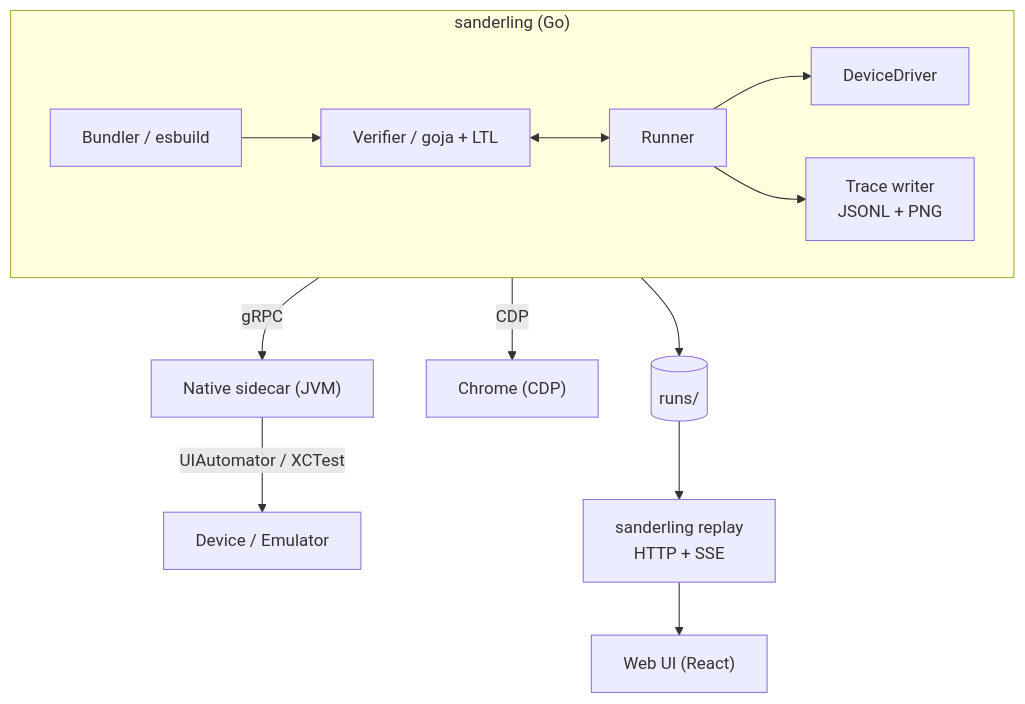
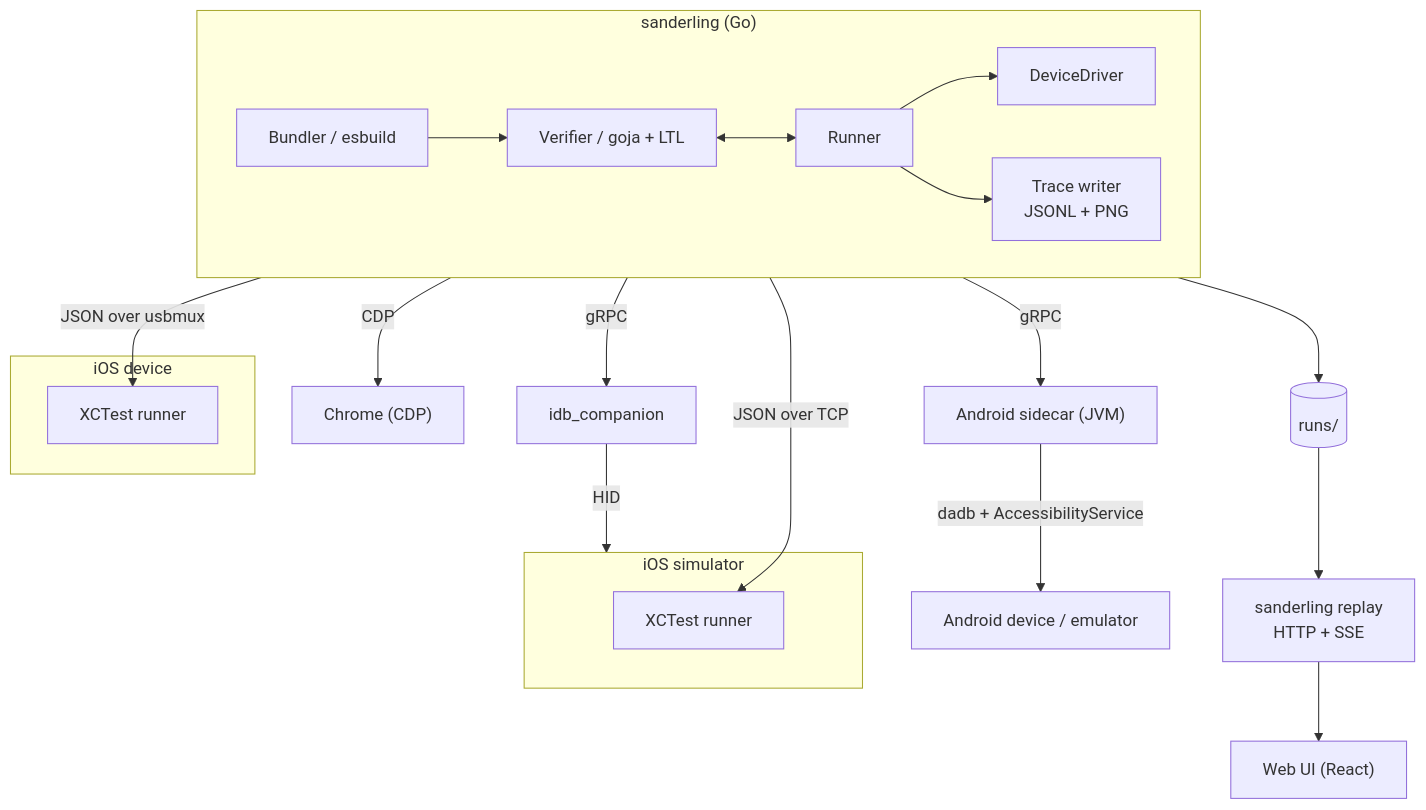
The diagram in docs/development/architecture.md (priyanshujain/sanderling), drawn with Mermaid before and after one commit. The commit also changed other lines of this file, not shown here.

Commit message:
docs(development): correct the architecture page to the four driver paths

````diff
--- a/docs/development/architecture.md
+++ b/docs/development/architecture.md
@@ -7,23 +7,34 @@
 ```mermaid
 flowchart TB
     subgraph go["sanderling (Go)"]
         direction LR
         B["Bundler / esbuild"] --> V["Verifier / goja + LTL"]
         V <--> R["Runner"]
         R --> D["DeviceDriver"]
         R --> T["Trace writer\nJSONL + PNG"]
     end
 
-    SC["Native sidecar (JVM)"]
-    DC["Device / Emulator"]
+    SC["Android sidecar (JVM)"]
+    AD["Android device / emulator"]
+    IC["idb_companion"]
+    subgraph sim["iOS simulator"]
+        SR["XCTest runner"]
+    end
+    subgraph dev["iOS device"]
+        DR["XCTest runner"]
+    end
     CH["Chrome (CDP)"]
     RD[("runs/")]
     IN["sanderling replay\nHTTP + SSE"]
     UI["Web UI (React)"]
 
     D -->|gRPC| SC
-    SC -->|UIAutomator / XCTest| DC
+    SC -->|"dadb + AccessibilityService"| AD
+    D -->|gRPC| IC
+    IC -->|HID| sim
+    D -->|"JSON over TCP"| SR
+    D -->|"JSON over usbmux"| DR
     D -->|CDP| CH
 
     T --> RD --> IN --> UI
 ```
````
